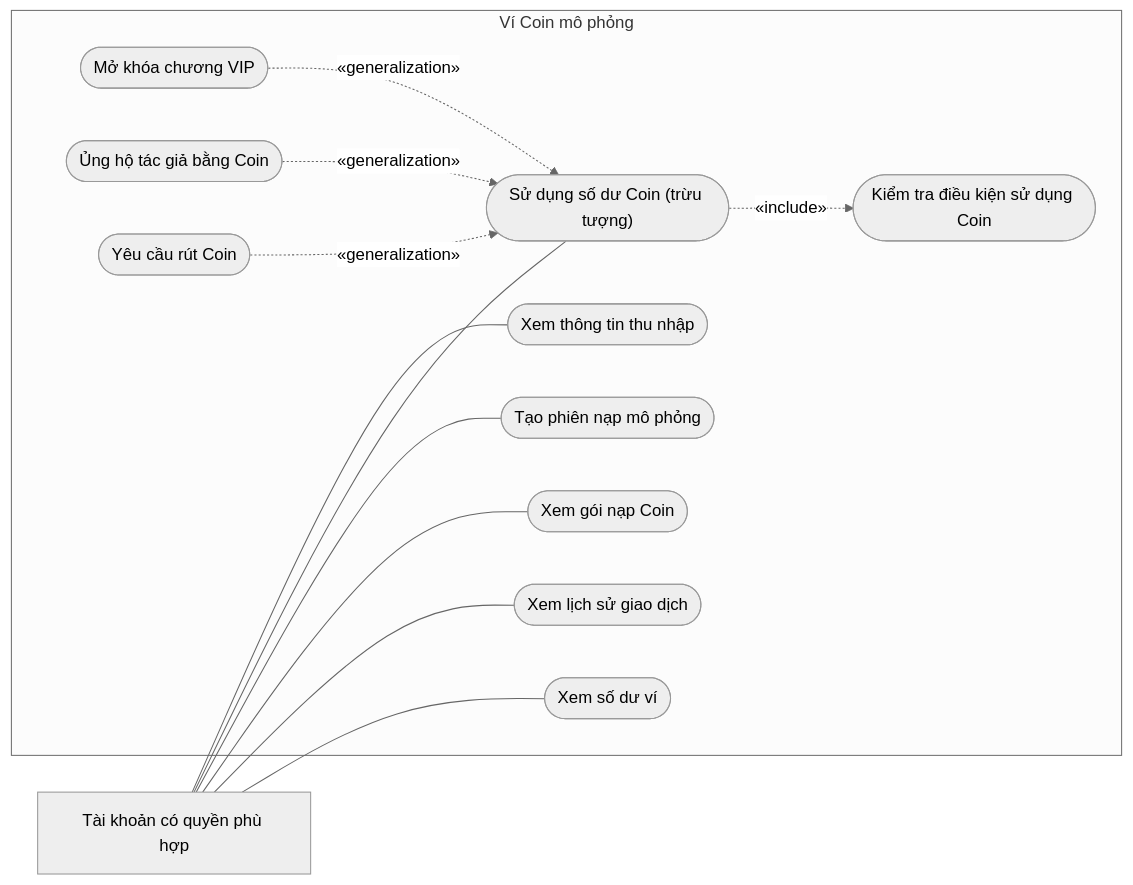
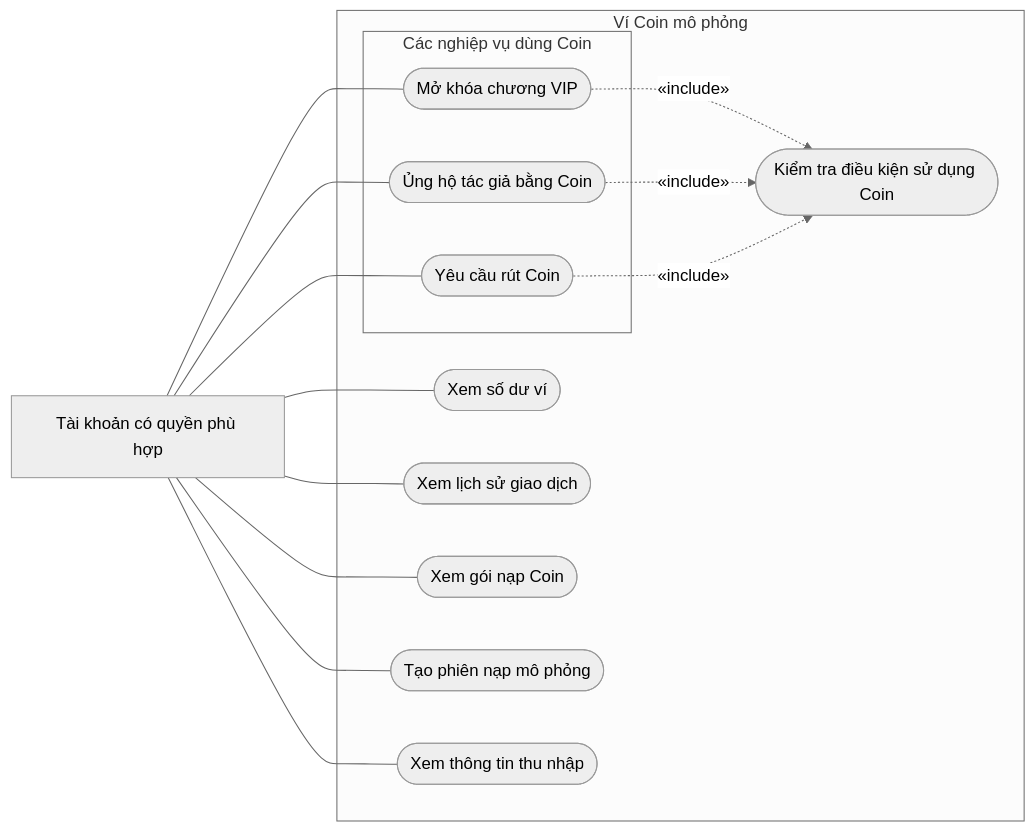
Before and after one commit to Ephurin/Novel_sharing_platform: the third of 3 diagrams in docs/chuong-3-so-do/01a-usecase-doc-gia.md, drawn with Mermaid (neutral theme). The commit also changed other lines of this file, not shown here.

Commit message:
docs: show include/extend relationships only in use cases

````diff
--- a/docs/chuong-3-so-do/01a-usecase-doc-gia.md
+++ b/docs/chuong-3-so-do/01a-usecase-doc-gia.md
@@ -98,26 +100,28 @@
 ```mermaid
 flowchart LR
     U["Tài khoản có quyền phù hợp"]
     subgraph SYS["Ví Coin mô phỏng"]
         U1(["Xem số dư ví"])
         U2(["Xem lịch sử giao dịch"])
         U3(["Xem gói nạp Coin"])
         U4(["Tạo phiên nạp mô phỏng"])
-        U5(["Sử dụng số dư Coin (trừu tượng)"])
-        U6(["Mở khóa chương VIP"])
-        U7(["Ủng hộ tác giả bằng Coin"])
-        U8(["Yêu cầu rút Coin"])
         U9(["Kiểm tra điều kiện sử dụng Coin"])
         U10(["Xem thông tin thu nhập"])
+        subgraph G5_1["Các nghiệp vụ dùng Coin"]
+            U6(["Mở khóa chương VIP"])
+            U7(["Ủng hộ tác giả bằng Coin"])
+            U8(["Yêu cầu rút Coin"])
+        end
     end
     U --- U1
     U --- U2
     U --- U3
     U --- U4
-    U --- U5
+    U --- U6
+    U --- U7
+    U --- U8
     U --- U10
-    U6 -.->|"«generalization»"| U5
-    U7 -.->|"«generalization»"| U5
-    U8 -.->|"«generalization»"| U5
-    U5 -.->|"«include»"| U9
+    U6 -.->|"«include»"| U9
+    U7 -.->|"«include»"| U9
+    U8 -.->|"«include»"| U9
 ```
````
